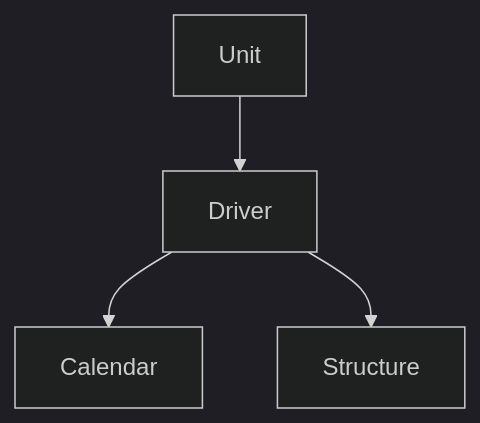
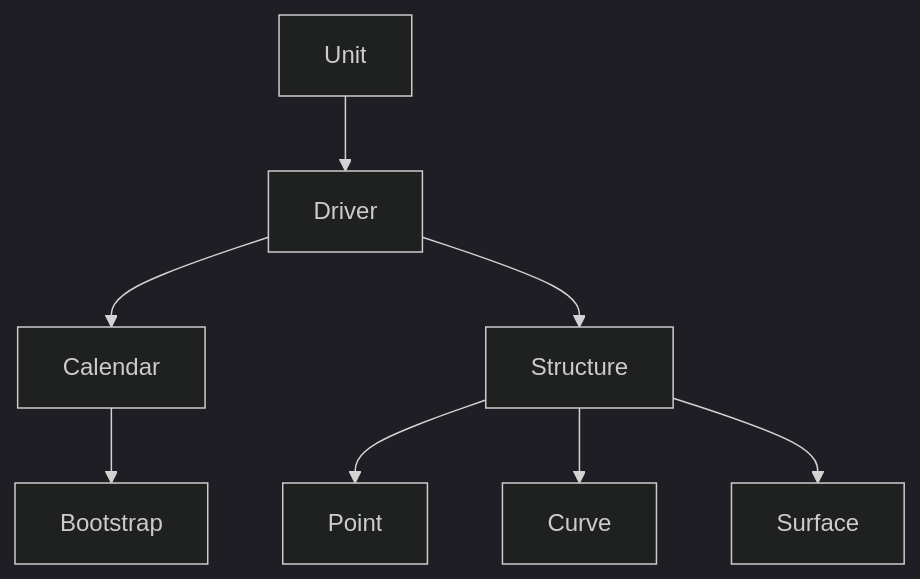
Before and after one commit to tristanvandevelde/finstruct: the diagram in README.md, drawn with Mermaid (dark theme).

````diff
--- a/README.md
+++ b/README.md
@@ -32,6 +32,10 @@
 ```mermaid
 graph TD;
     Unit-->Driver;
     Driver-->Calendar;
     Driver-->Structure;
+    Calendar-->Bootstrap;
+    Structure-->Point;
+    Structure-->Curve;
+    Structure-->Surface;
 ```
````
